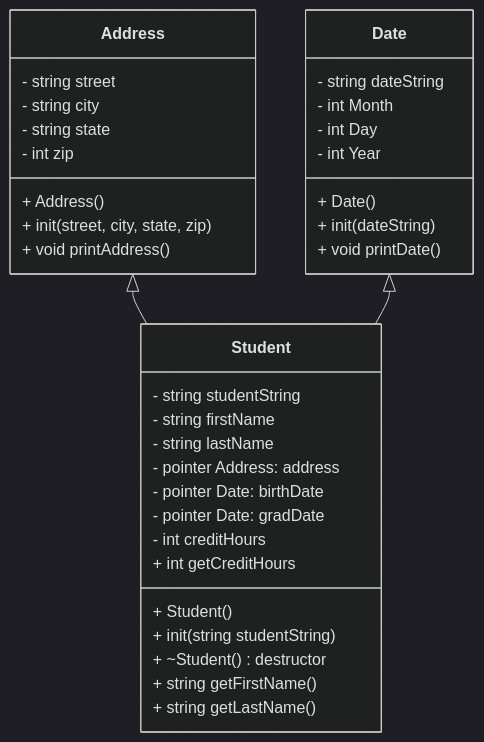
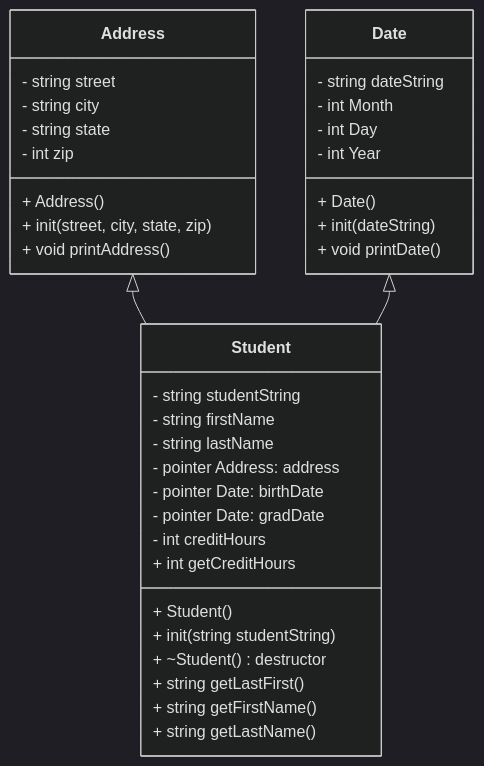
Before and after one commit to janblocker2003/HeapOfStudentsP1: the diagram in README.md, drawn with Mermaid (dark theme).

Commit message:
re added the get last first i just deleted

````diff
--- a/README.md
+++ b/README.md
@@ -5,42 +5,43 @@
 ```mermaid
 classDiagram
 direction TB
     class Address {
 	    - string street
 	    - string city
 	    - string state
 	    - int zip
 	    + Address()
 	    + init(street, city, state, zip)
 	    + void printAddress()
     }
 
     class Date {
 	    - string dateString
 		- int Month
         - int Day
 	    - int Year
 	    + Date()
 	    + init(dateString)
 	    + void printDate()
     }
 
     class Student {
 	    - string studentString
 		- string firstName
 	    - string lastName
         - pointer Address: address
 	    - pointer Date: birthDate
 	    - pointer Date: gradDate
 	    - int creditHours
 	    + Student()
 	    + init(string studentString)
 		+ ~Student() destructor
+		+ string getLastFirst()
 	    + string getFirstName()
 		+ string getLastName()
 		+ int getCreditHours
     }
 
     Address <|-- Student
     Date <|-- Student
 ```
````
